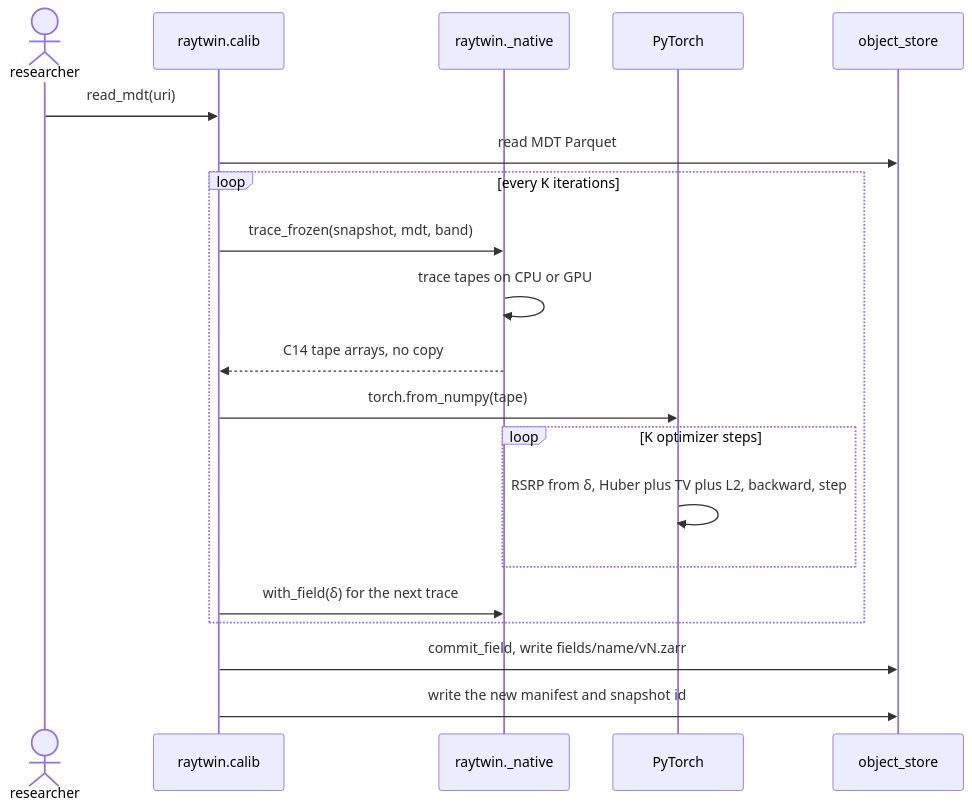
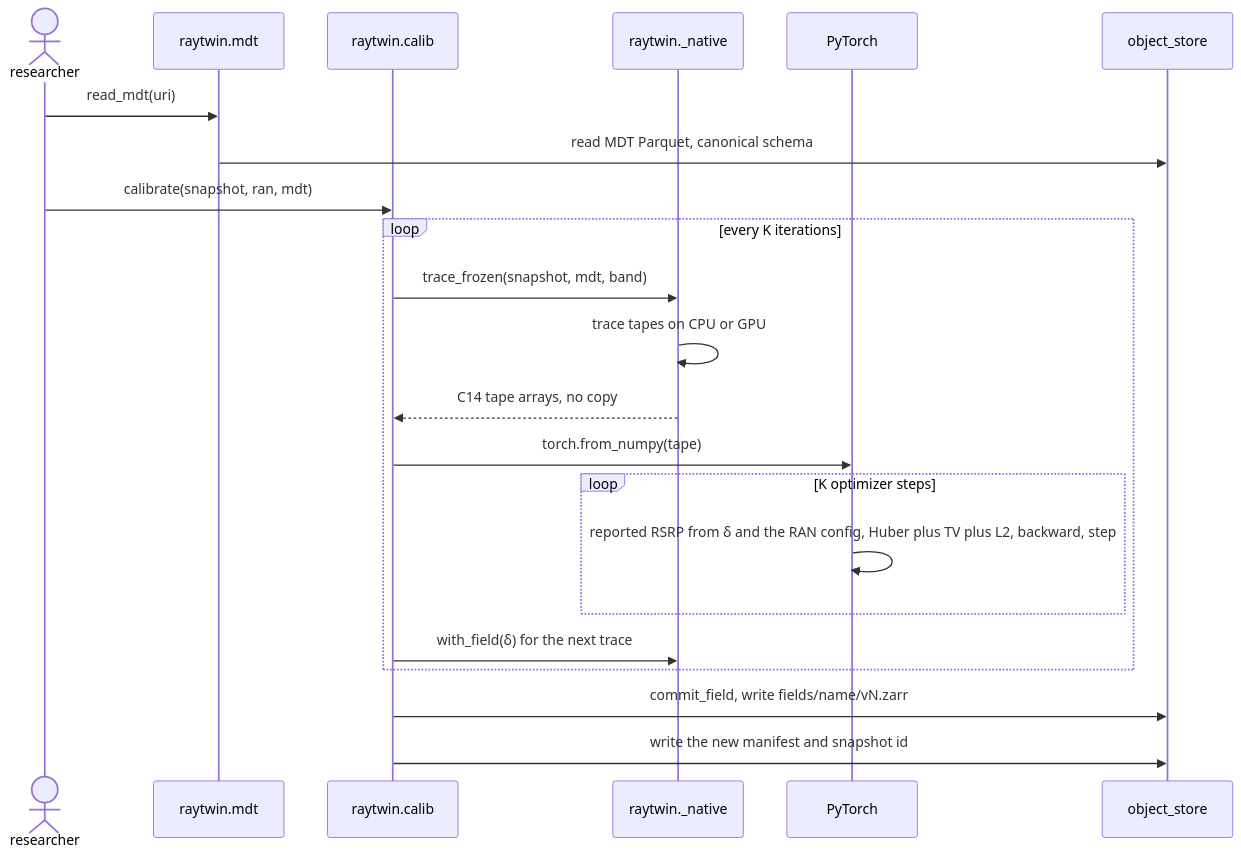
Diagram 12 of 16 in docs/architecture/ARCHITECTURE.md (NguyenVu04/ray-twin), drawn with Mermaid before and after one commit. The commit also changed other lines of this file and 24 other files, not shown here.

````diff
--- a/docs/architecture/ARCHITECTURE.md
+++ b/docs/architecture/ARCHITECTURE.md
@@ -1043,23 +1153,25 @@
 ```mermaid
 sequenceDiagram
     actor researcher
+    participant mdt as raytwin.mdt
     participant calib as raytwin.calib
     participant native as raytwin._native
     participant torch as PyTorch
     participant object_store
 
-    researcher->>calib: read_mdt(uri)
-    calib->>object_store: read MDT Parquet
+    researcher->>mdt: read_mdt(uri)
+    mdt->>object_store: read MDT Parquet, canonical schema
+    researcher->>calib: calibrate(snapshot, ran, mdt)
     loop every K iterations
         calib->>native: trace_frozen(snapshot, mdt, band)
         native->>native: trace tapes on CPU or GPU
         native-->>calib: C14 tape arrays, no copy
         calib->>torch: torch.from_numpy(tape)
         loop K optimizer steps
-            torch->>torch: RSRP from δ, Huber plus TV plus L2, backward, step
+            torch->>torch: reported RSRP from δ and the RAN config, Huber plus TV plus L2, backward, step
         end
         calib->>native: with_field(δ) for the next trace
     end
     calib->>object_store: commit_field, write fields/name/vN.zarr
     calib->>object_store: write the new manifest and snapshot id
 ```
````
